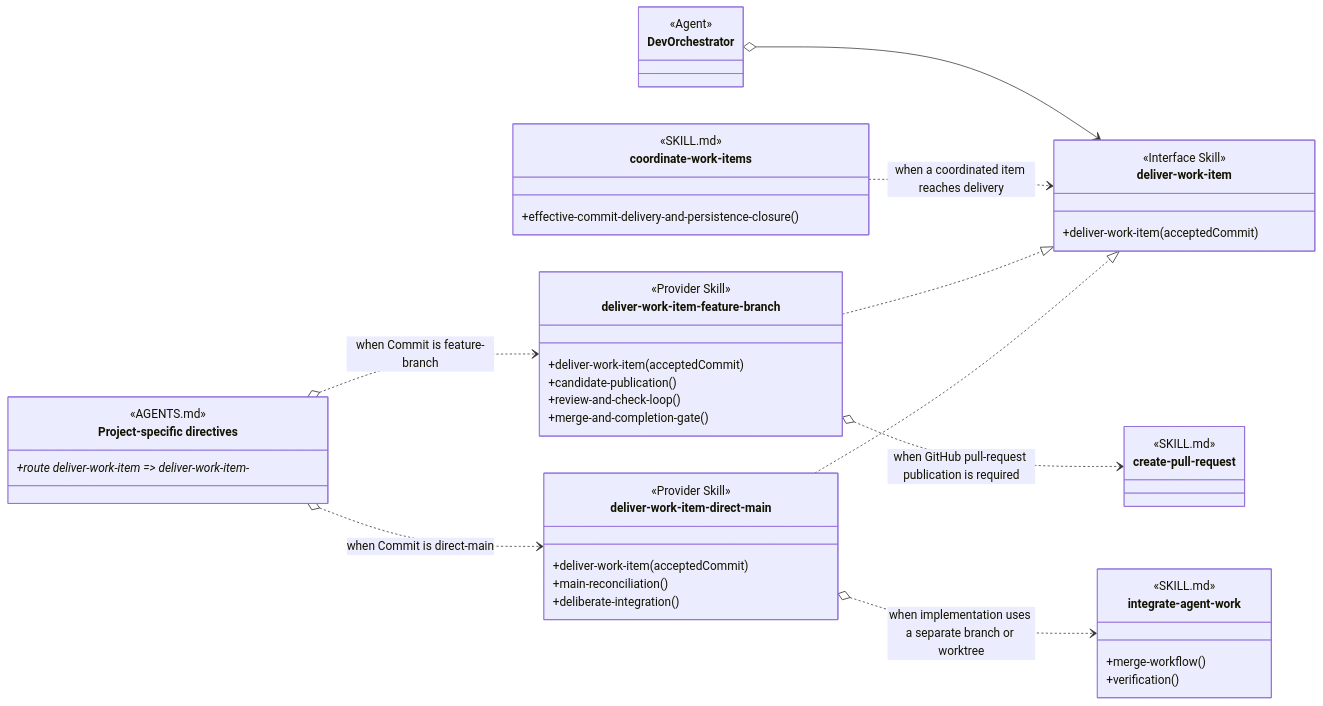
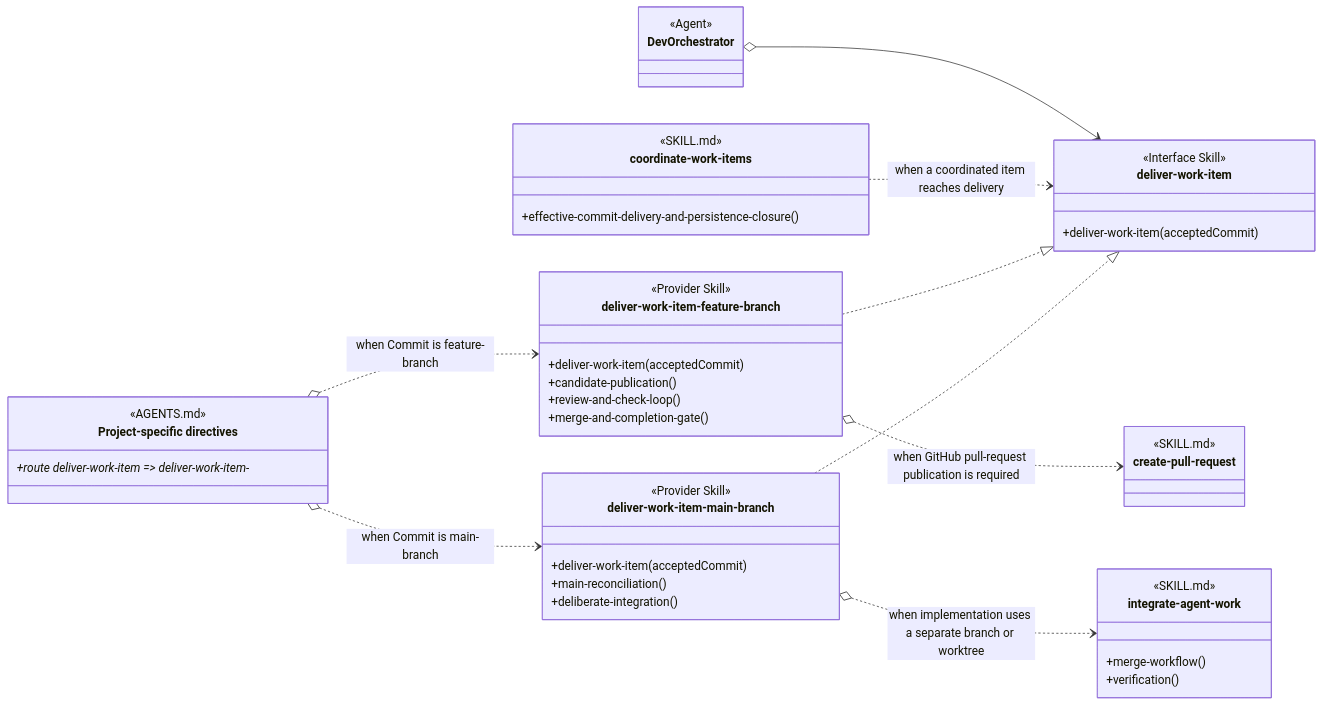
One commit to martinbechard/dev-methodology changed the eighth of 8 diagrams in design/skill-groups/concurrent-tasking.md. Above: the diagram before and after it, drawn with Mermaid. The commit also changed other lines of this file and 54 other files, not shown here.

Commit message:
Rename main branch delivery provider

````diff
--- a/design/skill-groups/concurrent-tasking.md
+++ b/design/skill-groups/concurrent-tasking.md
@@ -621,60 +621,60 @@
 ```mermaid
 classDiagram
     direction LR
 
     class DevOrchestrator {
         <<Agent>>
     }
 
     class coordinate-work-items {
         <<SKILL.md>>
         <<Agent Skill>>
         +effective-commit-delivery-and-persistence-closure()
     }
 
     class project-specific-directives["Project-specific directives"] {
         <<AGENTS.md>>
         <<routing>>
         +route deliver-work-item => deliver-work-item-*
     }
 
     class DeliverWorkItem["deliver-work-item"] {
         <<Interface Skill>>
         +deliver-work-item(acceptedCommit)
     }
 
     class deliver-work-item-feature-branch {
         <<Provider Skill>>
         +deliver-work-item(acceptedCommit)
         +candidate-publication()
         +review-and-check-loop()
         +merge-and-completion-gate()
     }
 
-    class deliver-work-item-direct-main {
+    class deliver-work-item-main-branch {
         <<Provider Skill>>
         <<Cross-group>>
         +deliver-work-item(acceptedCommit)
         +main-reconciliation()
         +deliberate-integration()
     }
 
     class create-pull-request {
         <<SKILL.md>>
     }
 
     class integrate-agent-work {
         <<SKILL.md>>
         +merge-workflow()
         +verification()
     }
 
     DevOrchestrator o--> DeliverWorkItem
     coordinate-work-items ..> DeliverWorkItem : when a coordinated item reaches delivery
     project-specific-directives o..> deliver-work-item-feature-branch : when Commit is feature-branch
-    project-specific-directives o..> deliver-work-item-direct-main : when Commit is direct-main
+    project-specific-directives o..> deliver-work-item-main-branch : when Commit is main-branch
     deliver-work-item-feature-branch ..|> DeliverWorkItem
-    deliver-work-item-direct-main ..|> DeliverWorkItem
+    deliver-work-item-main-branch ..|> DeliverWorkItem
     deliver-work-item-feature-branch o..> create-pull-request : when GitHub pull-request publication is required
-    deliver-work-item-direct-main o..> integrate-agent-work : when implementation uses a separate branch or worktree
+    deliver-work-item-main-branch o..> integrate-agent-work : when implementation uses a separate branch or worktree
 ```
````
